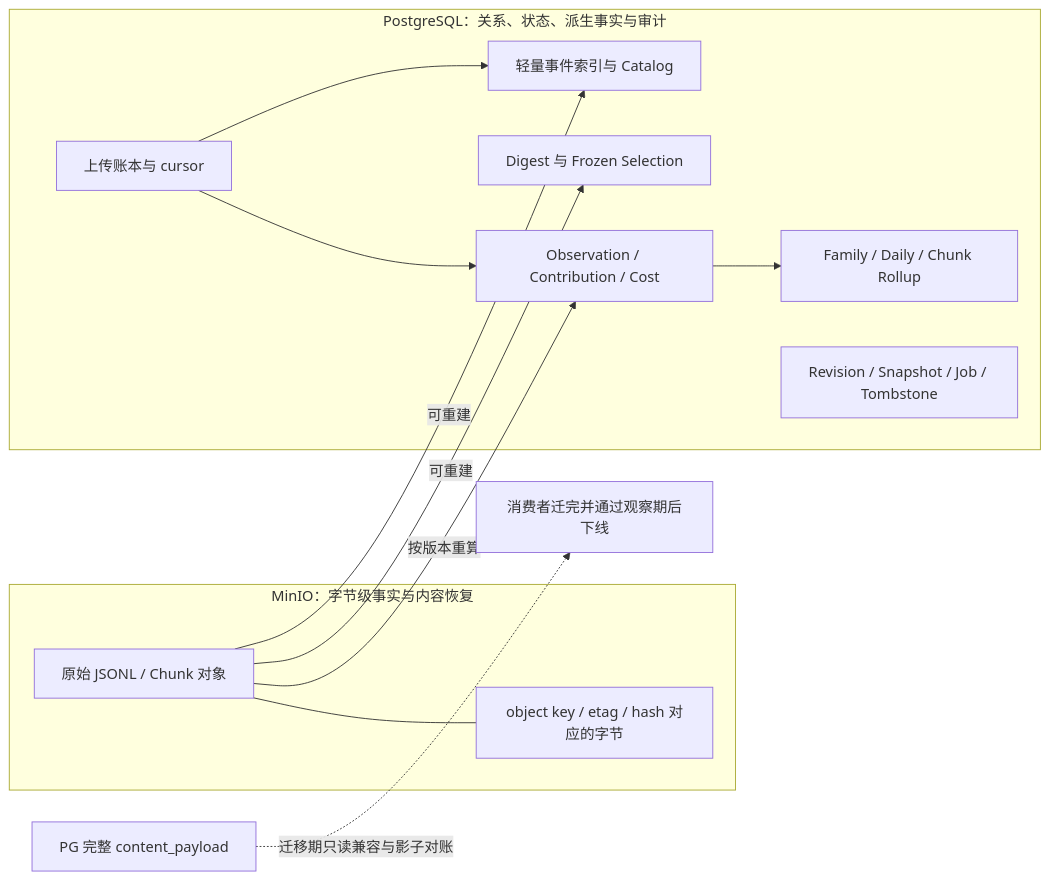
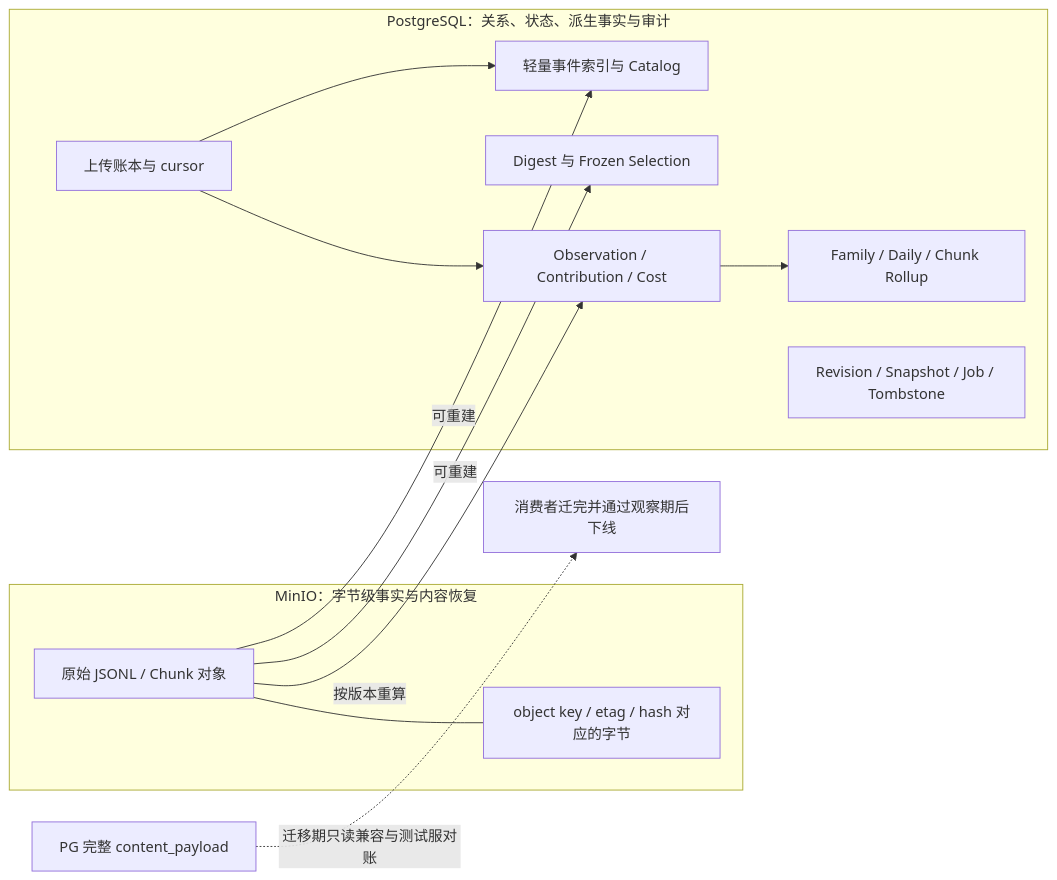
One commit to intellif-aied/project_manager changed the eighth of 12 diagrams in doc/v2/Session与Token查询性能/08-端到端数据流与状态流转.md. Above: the diagram before and after it, drawn with Mermaid. The commit also changed other lines of this file and 10 other files, not shown here.

````diff
--- a/doc/v2/Session与Token查询性能/08-端到端数据流与状态流转.md
+++ b/doc/v2/Session与Token查询性能/08-端到端数据流与状态流转.md
@@ -336,26 +336,26 @@
 ```mermaid
 flowchart LR
     subgraph M["MinIO：字节级事实与内容恢复"]
         MO["原始 JSONL / Chunk 对象"]
         MH["object key / etag / hash 对应的字节"]
         MO --- MH
     end
 
     subgraph P["PostgreSQL：关系、状态、派生事实与审计"]
         PL["上传账本与 cursor"]
         PI["轻量事件索引与 Catalog"]
         PD["Digest 与 Frozen Selection"]
         PU["Observation / Contribution / Cost"]
         PR["Family / Daily / Chunk Rollup"]
         PS["Revision / Snapshot / Job / Tombstone"]
     end
 
     MO -->|可重建| PI
     MO -->|可重建| PD
     MO -->|按版本重算| PU
     PL --> PI
     PL --> PU
     PU --> PR
 
-    OLD["PG 完整 content_payload"] -. 迁移期只读兼容与影子对账 .-> REMOVE["消费者迁完并通过观察期后下线"]
+    OLD["PG 完整 content_payload"] -. 迁移期只读兼容与测试服对账 .-> REMOVE["消费者迁完并通过观察期后下线"]
 ```
````
